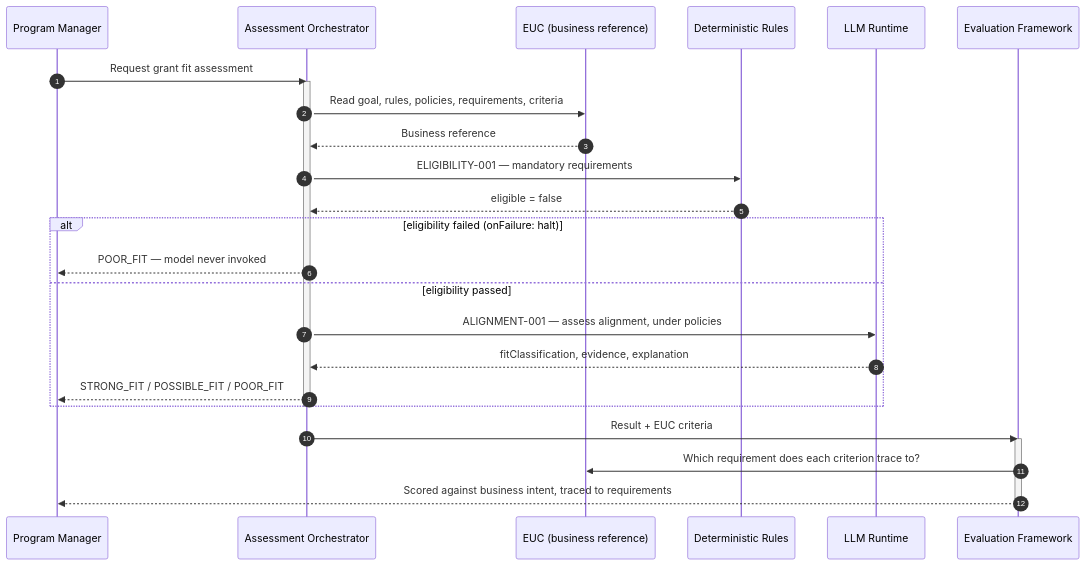
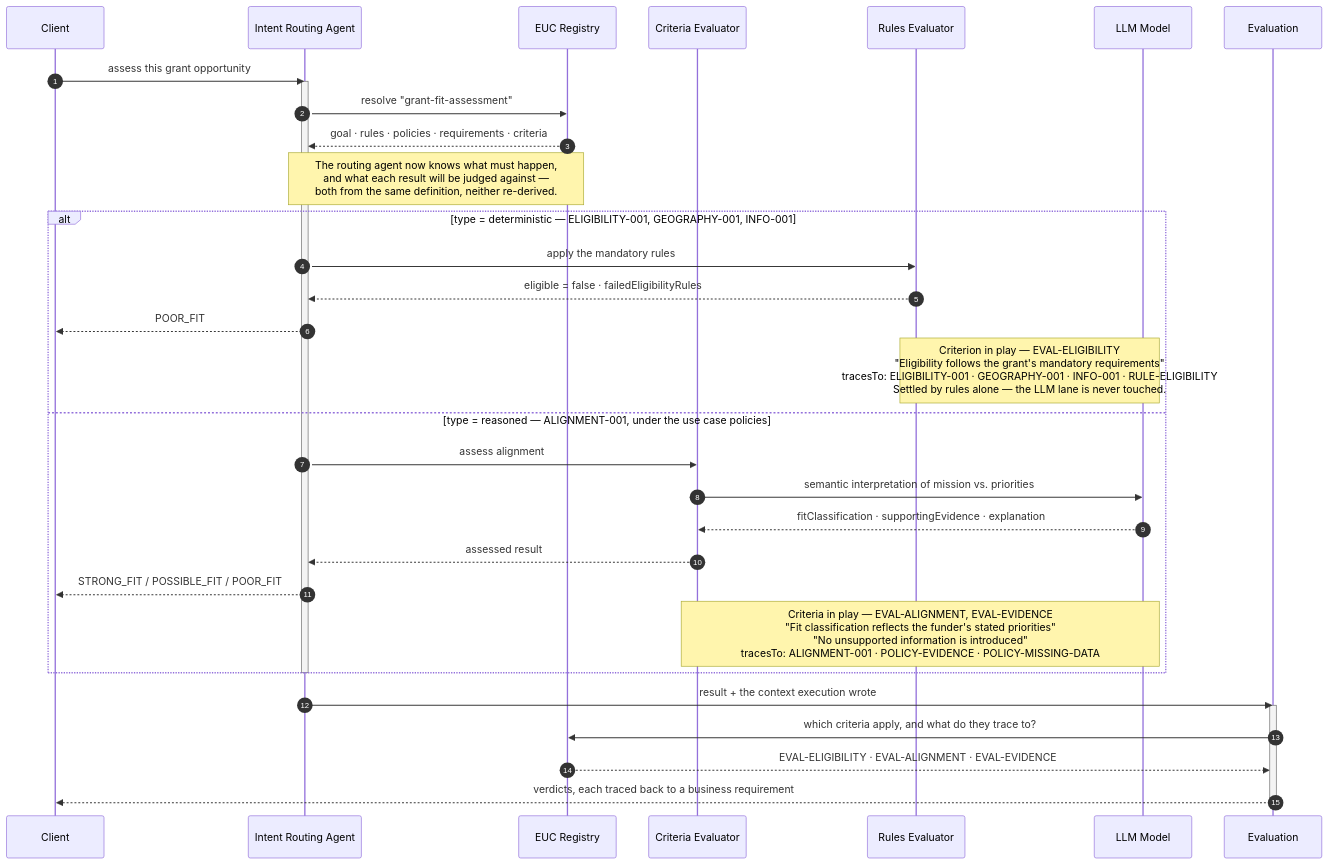
Before and after one commit to basarim/infoq-capstone-euc: the second of 4 diagrams in docs/proposal.md, drawn with Mermaid. The commit also changed other lines of this file and 29 other files, not shown here.

````diff
--- a/docs/proposal.md
+++ b/docs/proposal.md
@@ -359,33 +368,39 @@
 ```mermaid
 sequenceDiagram
     autonumber
-    participant PM as Program Manager
-    participant Orch as Assessment Orchestrator
-    participant EUC as EUC (business reference)
-    participant Rules as Deterministic Rules
-    participant LLM as LLM Runtime
-    participant Eval as Evaluation Framework
+    participant CL as Client
+    participant RT as Intent Routing Agent
+    participant RG as EUC Registry
+    participant CE as Criteria Evaluator
+    participant RE as Rules Evaluator
+    participant LM as LLM Model
+    participant EV as Evaluation
 
-    PM->>Orch: Request grant fit assessment
-    activate Orch
-    Orch->>EUC: Read goal, rules, policies, requirements, criteria
-    EUC-->>Orch: Business reference
+    CL->>RT: assess this grant opportunity
+    activate RT
+    RT->>RG: resolve "grant-fit-assessment"
+    RG-->>RT: goal · rules · policies · requirements · criteria
+    Note over RT,RG: The routing agent now knows what must happen,<br/>and what each result will be judged against —<br/>both from the same definition, neither re-derived.
 
-    Orch->>Rules: ELIGIBILITY-001 — mandatory requirements
-    Rules-->>Orch: eligible = false
+    alt type = deterministic — ELIGIBILITY-001, GEOGRAPHY-001, INFO-001
+        RT->>RE: apply the mandatory rules
+        RE-->>RT: eligible = false · failedEligibilityRules
+        RT-->>CL: POOR_FIT
+        Note over RE,LM: Criterion in play — EVAL-ELIGIBILITY<br/>"Eligibility follows the grant's mandatory requirements"<br/>tracesTo: ELIGIBILITY-001 · GEOGRAPHY-001 · INFO-001 · RULE-ELIGIBILITY<br/>Settled by rules alone — the LLM lane is never touched.
+    else type = reasoned — ALIGNMENT-001, under the use case policies
+        RT->>CE: assess alignment
+        CE->>LM: semantic interpretation of mission vs. priorities
+        LM-->>CE: fitClassification · supportingEvidence · explanation
+        CE-->>RT: assessed result
+        RT-->>CL: STRONG_FIT / POSSIBLE_FIT / POOR_FIT
+        Note over CE,LM: Criteria in play — EVAL-ALIGNMENT, EVAL-EVIDENCE<br/>"Fit classification reflects the funder's stated priorities"<br/>"No unsupported information is introduced"<br/>tracesTo: ALIGNMENT-001 · POLICY-EVIDENCE · POLICY-MISSING-DATA
+    end
+    deactivate RT
 
-    alt eligibility failed (onFailure: halt)
-        Orch-->>PM: POOR_FIT — model never invoked
-    else eligibility passed
-        Orch->>LLM: ALIGNMENT-001 — assess alignment, under policies
-        LLM-->>Orch: fitClassification, evidence, explanation
-        Orch-->>PM: STRONG_FIT / POSSIBLE_FIT / POOR_FIT
-    end
-    deactivate Orch
-
-    Orch->>Eval: Result + EUC criteria
-    activate Eval
-    Eval->>EUC: Which requirement does each criterion trace to?
-    Eval-->>PM: Scored against business intent, traced to requirements
-    deactivate Eval
+    RT->>EV: result + the context execution wrote
+    activate EV
+    EV->>RG: which criteria apply, and what do they trace to?
+    RG-->>EV: EVAL-ELIGIBILITY · EVAL-ALIGNMENT · EVAL-EVIDENCE
+    EV-->>CL: verdicts, each traced back to a business requirement
+    deactivate EV
 ```
````
